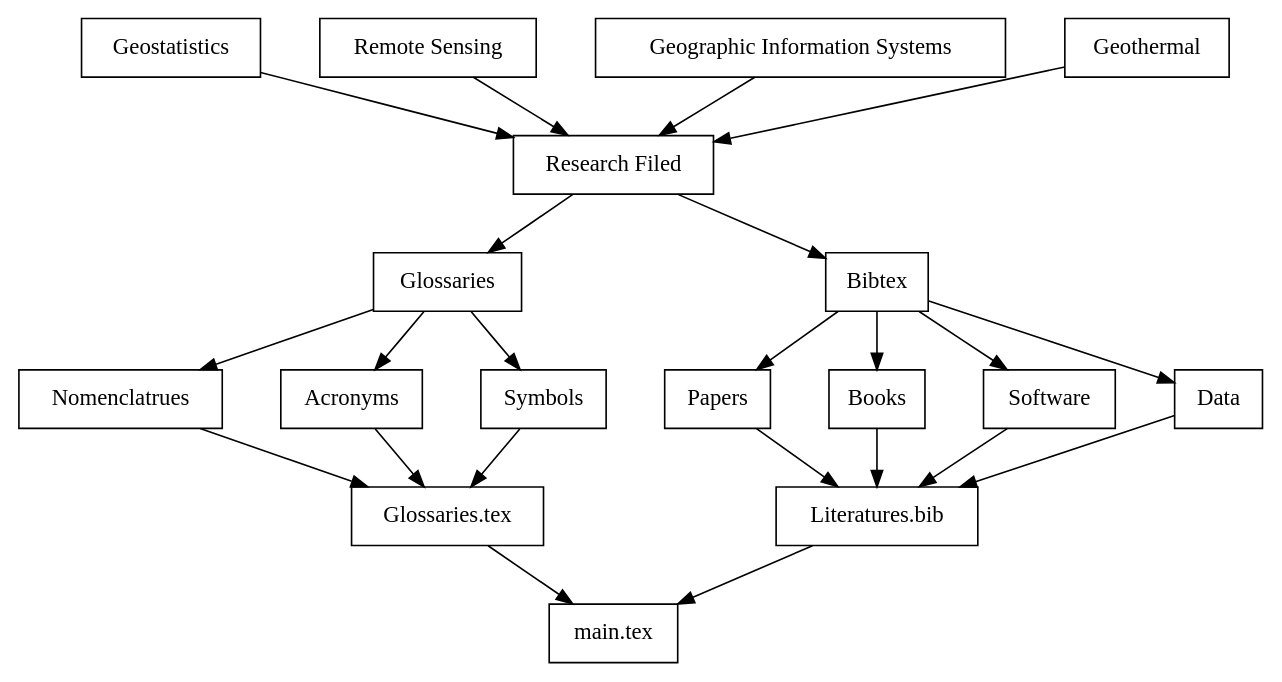
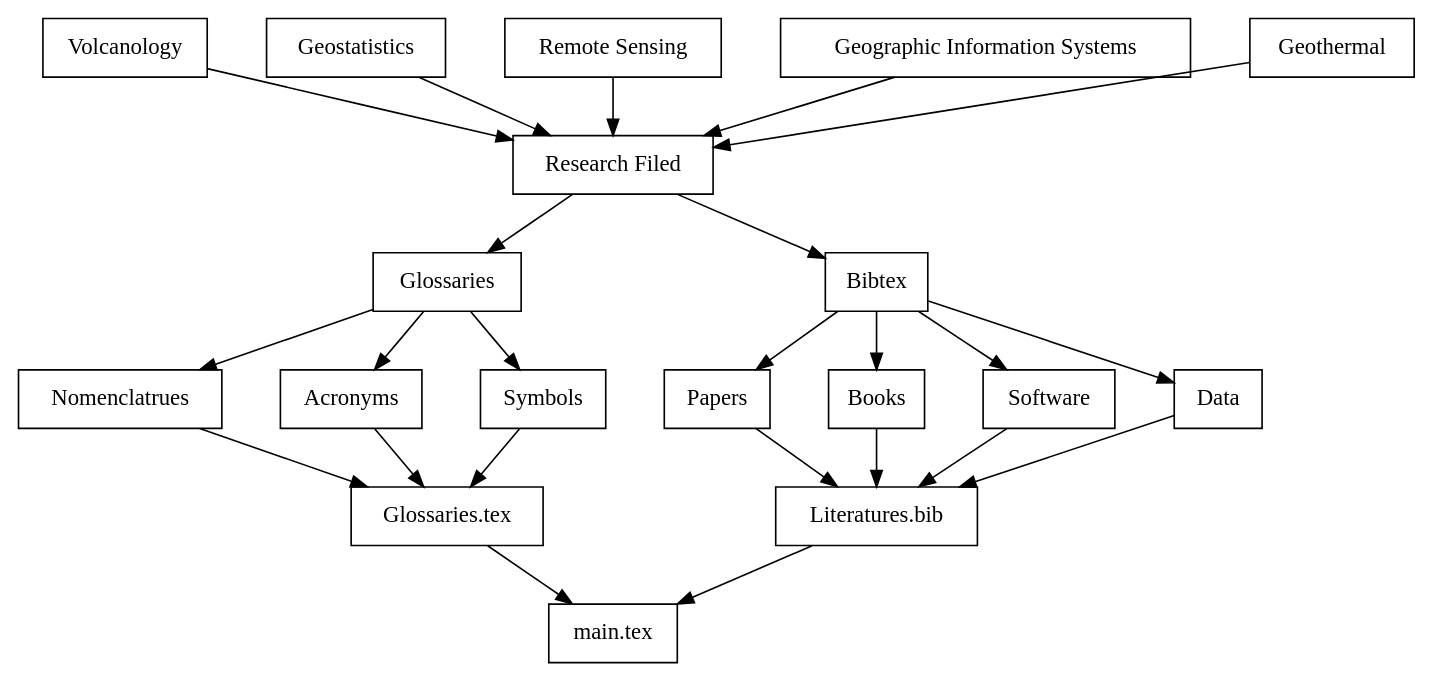
The first of 2 diagrams in note/glossaR.org (bwtian/glossaR), drawn with Graphviz before and after one commit. The commit also changed other lines of this file and 2 other files, not shown here.

Commit message:
- ‘note/.#glossaR.org’ / ‘note/glossaR.html’ / ‘note/glossaR.org’

```diff
--- a/note/glossaR.org
+++ b/note/glossaR.org
@@ -21,30 +23,31 @@
-#+BEGIN_SRC dot :file glossarWorkflow.png  
+#+BEGIN_SRC dot :file ./glossaRWorkflow.svg  
   digraph { 
           fontname="Times"; 
           fontsize = 12; 
           splines = false; 
           ranksep = 0.5; 
           nodesep = 0.5; 
           node [shape = box] 
           //1. set node 
+          vol [label = "Volcanology"]
           gs [label = "Geostatistics"]
           rs [label = "Remote Sensing"]
           gis [label = "Geographic Information Systems"]
           gt [label = "Geothermal"]
           study [label = "Research Filed"]
           gls [label = "Glossaries"]
           nomencl[label = "Nomenclatrues"]
           acro [label = "Acronyms"]
           symbol [label = "Symbols"]
           bib [label = "Bibtex"]
           glsfile[label = "Glossaries.tex"]
           bibfile[label = "Literatures.bib"]
           main [label = "main.tex"]
           //2. set path 
-          {gs, gis, rs, gt} -> study -> {gls, bib}
+          {gs, gis, rs, gt, vol} -> study -> {gls, bib}
           gls -> {nomencl, acro, symbol} -> glsfile -> main
           bib -> {"Papers", "Books", "Software", "Data"} -> bibfile -> main
           //3. set rank 
           {rank = same; gs, gis, rs, gt} 
   }
 #+END_SRC
```
